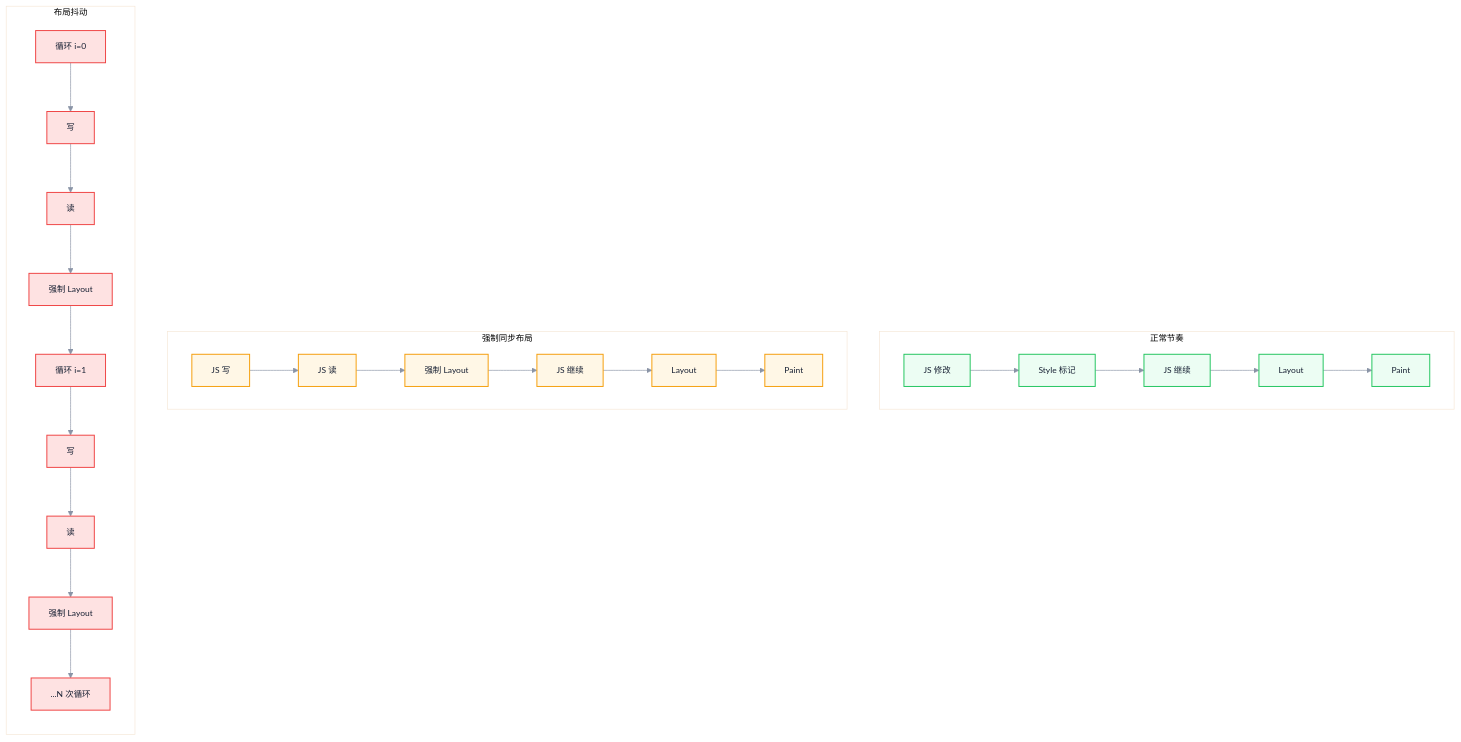
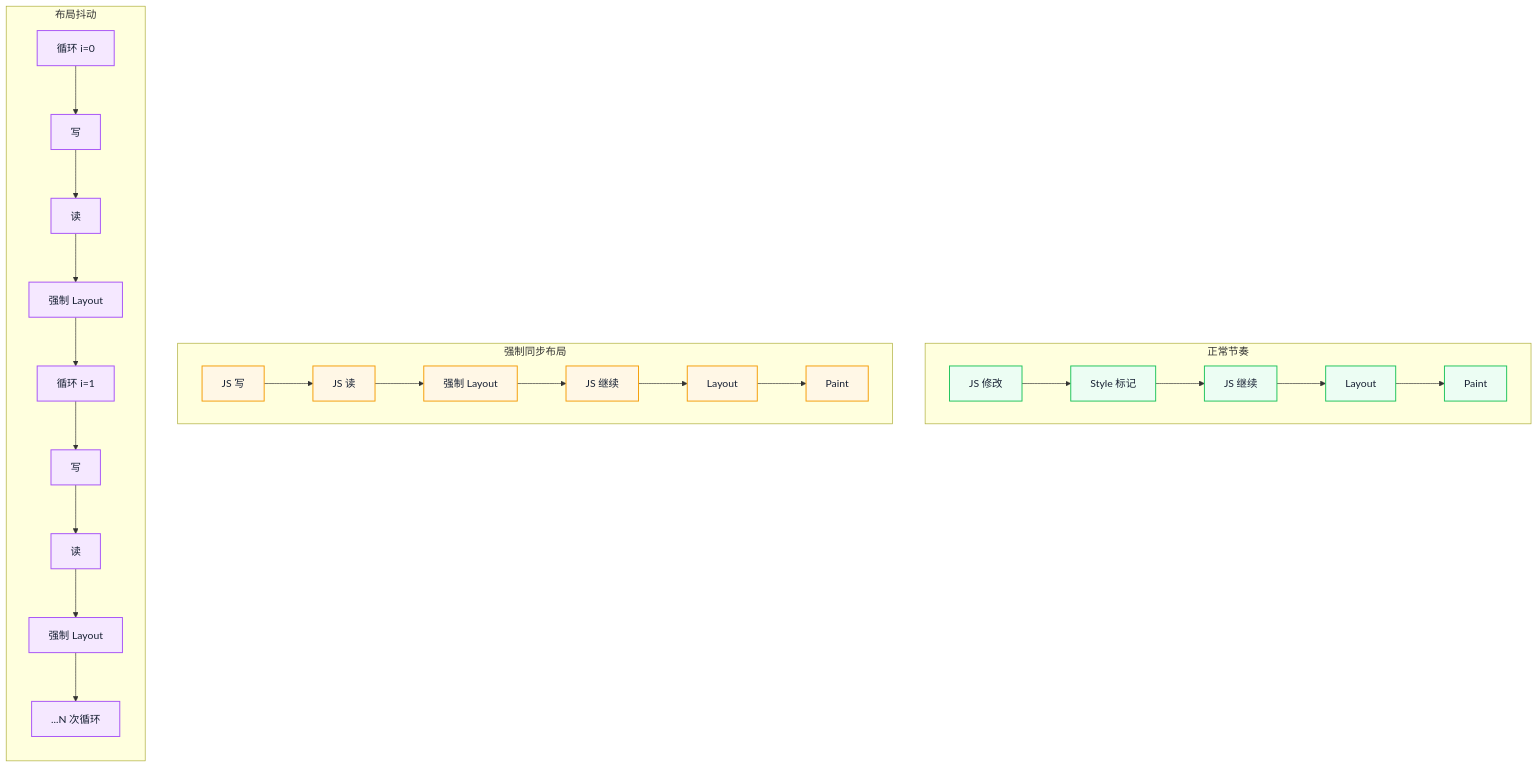
The first of 2 diagrams in docs/browser/layout-thrashing.md (Fatejian/frontier-vault), drawn with Mermaid before and after one commit. The commit also changed other lines of this file and 41 other files, not shown here.

````diff
--- a/docs/browser/layout-thrashing.md
+++ b/docs/browser/layout-thrashing.md
@@ -88,43 +68,42 @@
 ```mermaid
-%%{init: {'theme': 'base', 'themeVariables': { 'fontFamily': 'Inter, PingFang SC, Microsoft YaHei, sans-serif', 'primaryColor': '#EEF6FF', 'fontSize': '13px', 'primaryTextColor': '#172033', 'primaryBorderColor': '#6EA8FE', 'lineColor': '#8A94A6'}}}%%
 flowchart TB
     subgraph Normal[正常节奏]
         direction LR
         N1[JS 修改] --> N2[Style 标记]
         N2 --> N3[JS 继续]
         N3 --> N4[Layout]
         N4 --> N5[Paint]
     end
 
     subgraph FSL[强制同步布局]
         direction LR
         F1[JS 写] --> F2[JS 读]
         F2 --> F3[强制 Layout]
         F3 --> F4[JS 继续]
         F4 --> F5[Layout]
         F5 --> F6[Paint]
     end
 
     subgraph Thrashing[布局抖动]
         direction TB
         T1["循环 i=0"]
         T2[写]
         T3[读]
         T4[强制 Layout]
         T5["循环 i=1"]
         T6[写]
         T7[读]
         T8[强制 Layout]
         T9[...N 次循环]
 
         T1 --> T2 --> T3 --> T4 --> T5 --> T6 --> T7 --> T8 --> T9
     end
 
-    classDef normal fill:#ECFDF3,stroke:#22C55E,color:#172033,stroke-width:1.5px;
-    classDef fsl fill:#FFF7E6,stroke:#F59E0B,color:#172033,stroke-width:1.5px;
-    classDef thrash fill:#FEE2E2,stroke:#EF4444,color:#172033,stroke-width:1.5px;
+    classDef work fill:#ECFDF3,stroke:#22C55E,color:#172033,stroke-width:1.5px;
+    classDef block fill:#FFF7E6,stroke:#F59E0B,color:#172033,stroke-width:1.5px;
+    classDef metric fill:#F5E8FF,stroke:#A855F7,color:#172033,stroke-width:1.5px;
 
-    class N1,N2,N3,N4,N5 normal;
-    class F1,F2,F3,F4,F5,F6 fsl;
-    class T1,T2,T3,T4,T5,T6,T7,T8,T9 thrash;
+    class N1,N2,N3,N4,N5 work;
+    class F1,F2,F3,F4,F5,F6 block;
+    class T1,T2,T3,T4,T5,T6,T7,T8,T9 metric;
 ```
````
